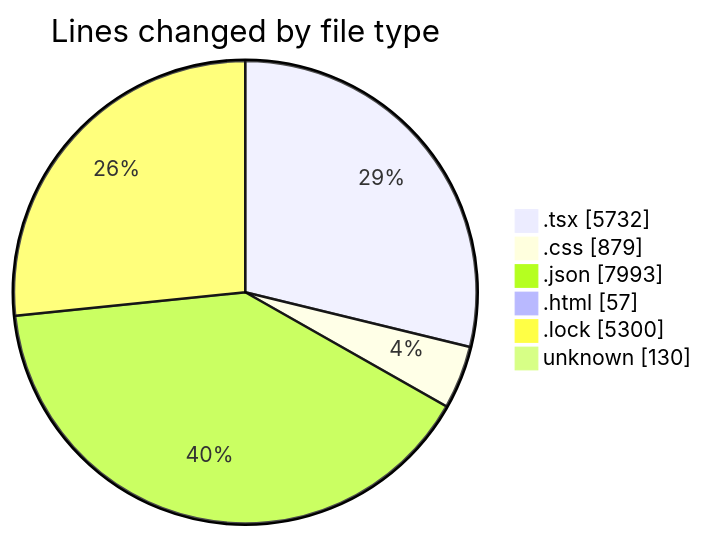
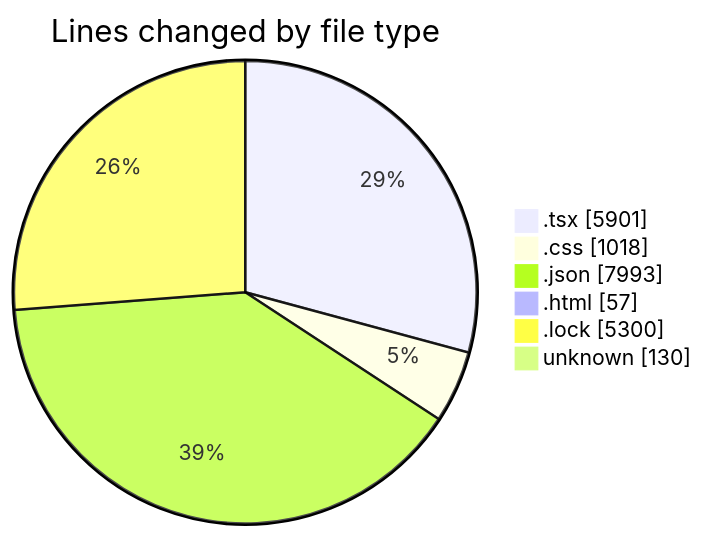
The first of 2 diagrams in 2025-08-12/ribbon/README.md (EIIisD/code-tracking), drawn with Mermaid before and after one commit. The commit also changed other lines of this file and 1 other file, not shown here.

````diff
--- a/2025-08-12/ribbon/README.md
+++ b/2025-08-12/ribbon/README.md
@@ -45,10 +45,10 @@
 ```mermaid
 pie showData
 title Lines changed by file type
-".tsx" : 5732
-".css" : 879
+".tsx" : 5901
+".css" : 1018
 ".json" : 7993
 ".html" : 57
 ".lock" : 5300
 "unknown" : 130
 ```
````
